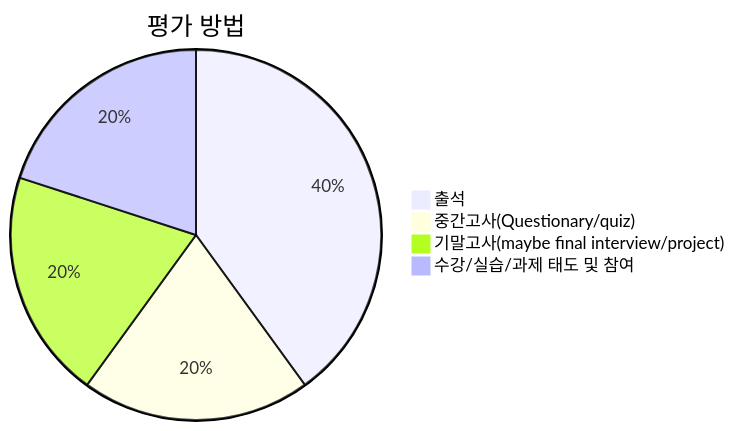
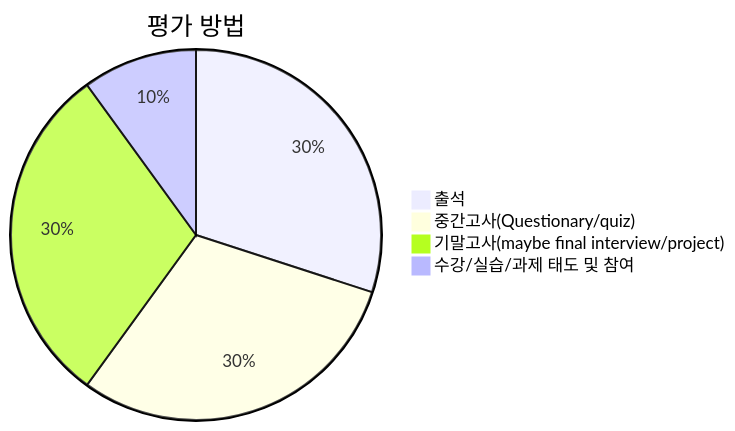
One commit to youngung/youngung.github.io changed the second of 2 diagrams in assets/lecture_notes/1_2_data_mse/data_mse_01_orientation.md. Above: the diagram before and after it, drawn with Mermaid. The commit also changed other lines of this file and 2 other files, not shown here.

````diff
--- a/assets/lecture_notes/1_2_data_mse/data_mse_01_orientation.md
+++ b/assets/lecture_notes/1_2_data_mse/data_mse_01_orientation.md
@@ -184,7 +185,7 @@
 ```mermaid
 pie title 평가 방법
-    "출석" : 40
-    "중간고사(Questionary/quiz)" : 20
-    "기말고사(maybe final interview/project)" : 20
-    "수강/실습/과제 태도 및 참여" : 20
+    "출석" : 30
+    "중간고사(Questionary/quiz)" : 30
+    "기말고사(maybe final interview/project)" : 30
+    "수강/실습/과제 태도 및 참여" : 10
 ```
````
